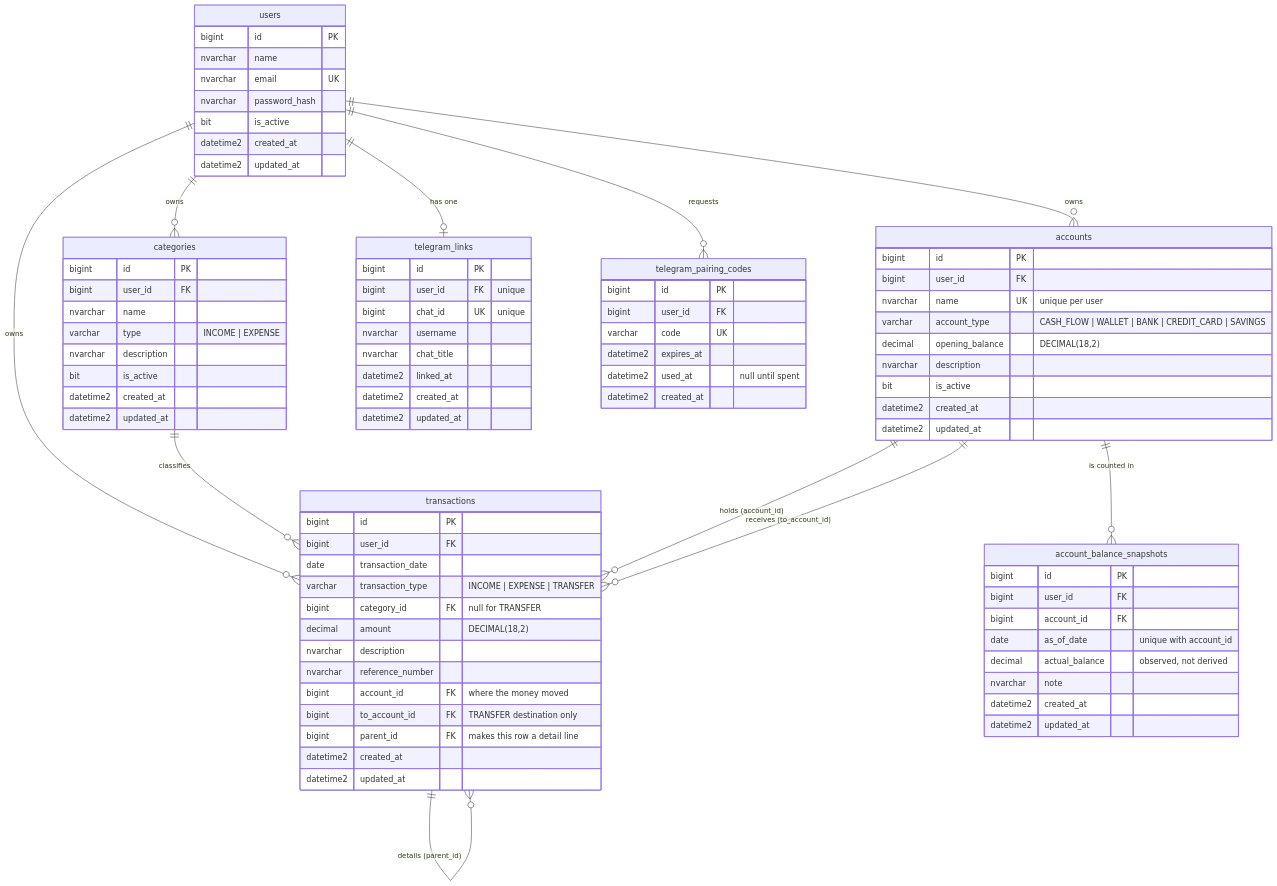
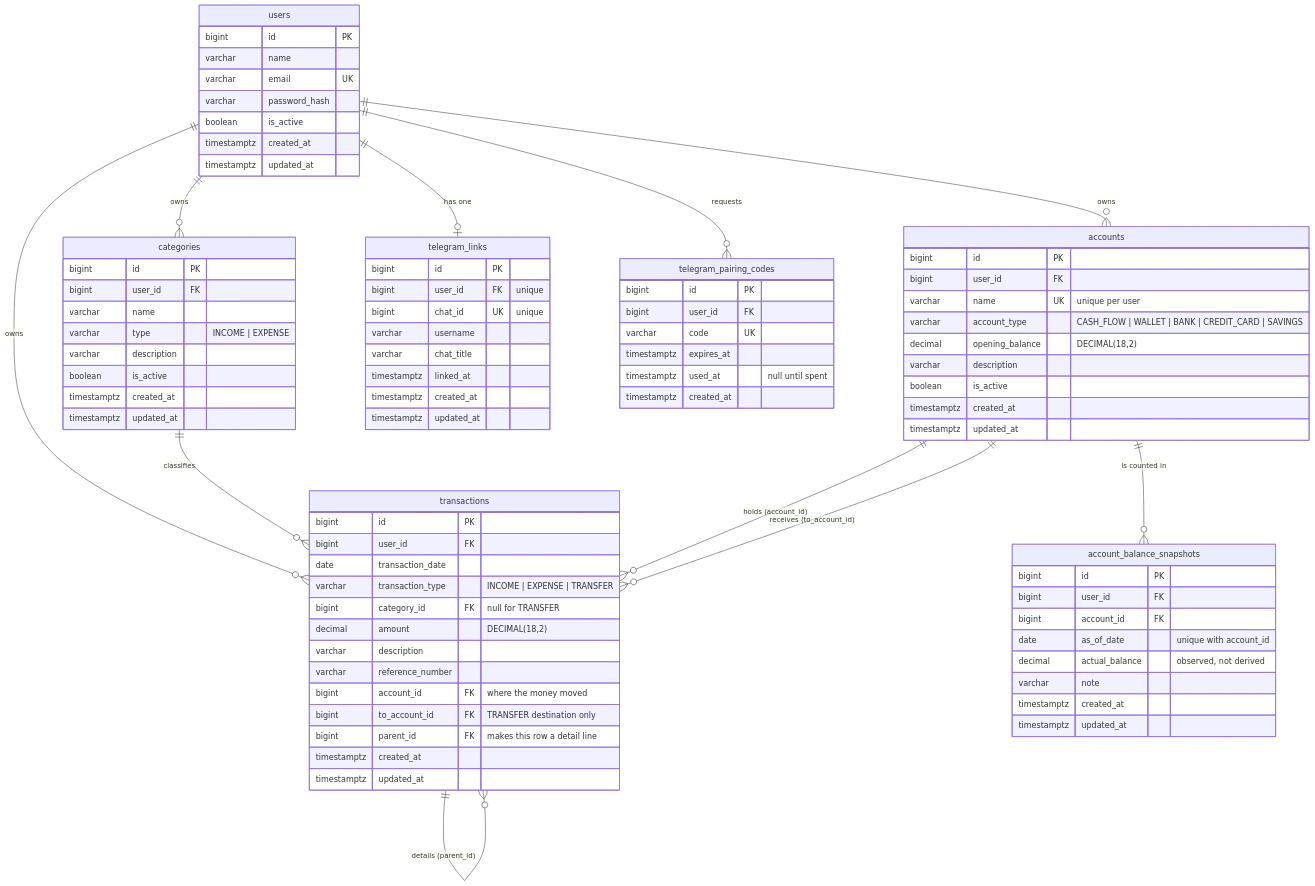
The diagram in docs/database.md (rezanii/tracking-cashflow), drawn with Mermaid before and after one commit. The commit also changed other lines of this file and 49 other files, not shown here.

````diff
--- a/docs/database.md
+++ b/docs/database.md
@@ -19,23 +19,23 @@
 
     users {
         bigint id PK
-        nvarchar name
-        nvarchar email UK
-        nvarchar password_hash
-        bit is_active
-        datetime2 created_at
-        datetime2 updated_at
+        varchar name
+        varchar email UK
+        varchar password_hash
+        boolean is_active
+        timestamptz created_at
+        timestamptz updated_at
     }
 
     categories {
         bigint id PK
         bigint user_id FK
-        nvarchar name
+        varchar name
         varchar type "INCOME | EXPENSE"
-        nvarchar description
-        bit is_active
-        datetime2 created_at
-        datetime2 updated_at
+        varchar description
+        boolean is_active
+        timestamptz created_at
+        timestamptz updated_at
     }
 
     transactions {
@@ -45,25 +45,25 @@
         varchar transaction_type "INCOME | EXPENSE | TRANSFER"
         bigint category_id FK "null for TRANSFER"
         decimal amount "DECIMAL(18,2)"
-        nvarchar description
-        nvarchar reference_number
+        varchar description
+        varchar reference_number
         bigint account_id FK "where the money moved"
         bigint to_account_id FK "TRANSFER destination only"
         bigint parent_id FK "makes this row a detail line"
-        datetime2 created_at
-        datetime2 updated_at
+        timestamptz created_at
+        timestamptz updated_at
     }
 
     accounts {
         bigint id PK
         bigint user_id FK
-        nvarchar name UK "unique per user"
+        varchar name UK "unique per user"
         varchar account_type "CASH_FLOW | WALLET | BANK | CREDIT_CARD | SAVINGS"
         decimal opening_balance "DECIMAL(18,2)"
-        nvarchar description
-        bit is_active
-        datetime2 created_at
-        datetime2 updated_at
+        varchar description
+        boolean is_active
+        timestamptz created_at
+        timestamptz updated_at
     }
 
     account_balance_snapshots {
@@ -72,28 +72,28 @@
         bigint account_id FK
         date as_of_date "unique with account_id"
         decimal actual_balance "observed, not derived"
-        nvarchar note
-        datetime2 created_at
-        datetime2 updated_at
+        varchar note
+        timestamptz created_at
+        timestamptz updated_at
     }
 
     telegram_links {
         bigint id PK
         bigint user_id FK "unique"
         bigint chat_id UK "unique"
-        nvarchar username
-        nvarchar chat_title
-        datetime2 linked_at
-        datetime2 created_at
-        datetime2 updated_at
+        varchar username
+        varchar chat_title
+        timestamptz linked_at
+        timestamptz created_at
+        timestamptz updated_at
     }
 
     telegram_pairing_codes {
         bigint id PK
         bigint user_id FK
         varchar code UK
-        datetime2 expires_at
-        datetime2 used_at "null until spent"
-        datetime2 created_at
+        timestamptz expires_at
+        timestamptz used_at "null until spent"
+        timestamptz created_at
     }
 ```
````
